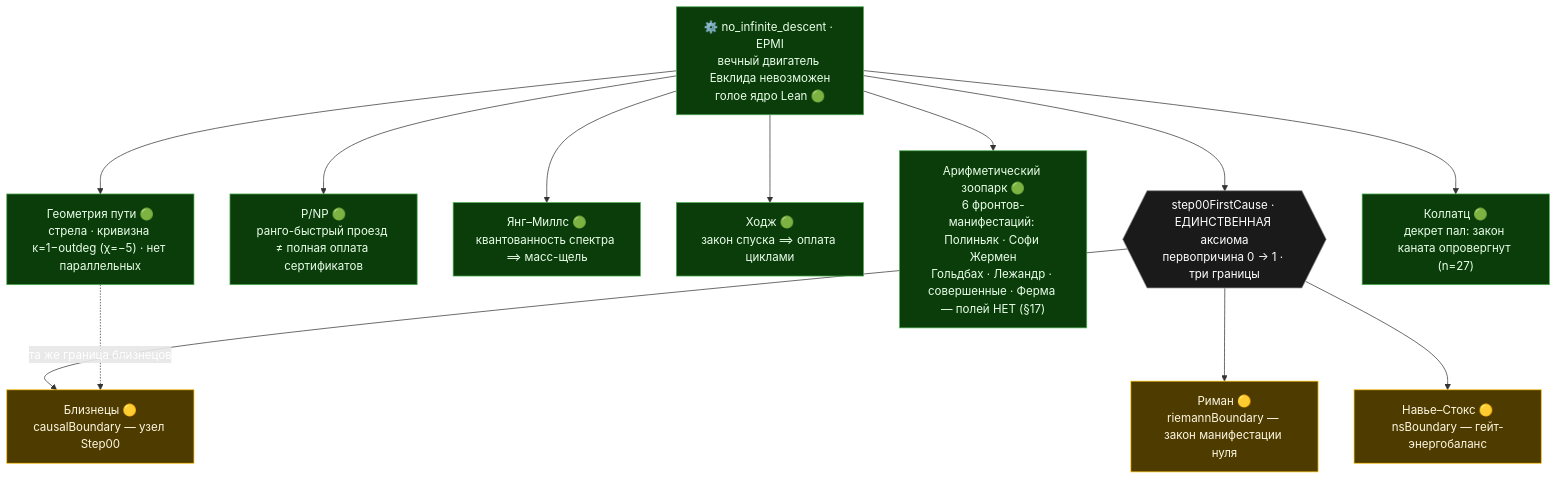
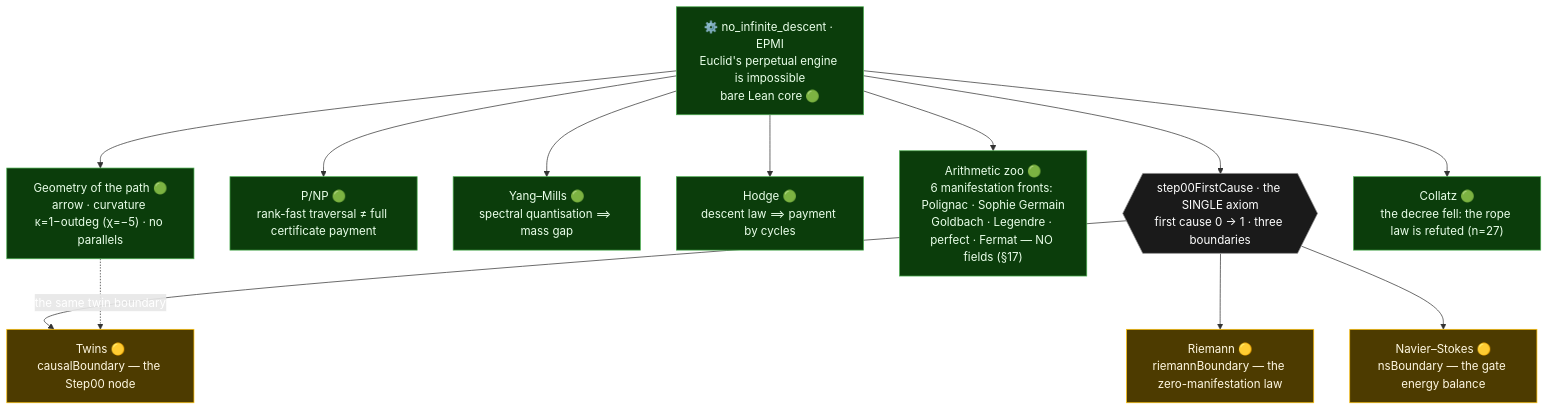
The diagram in README.md (elamaunt/Euclids-path), drawn with Mermaid before and after one commit. The commit also changed other lines of this file and 1 other file, not shown here.

````diff
--- a/README.md
+++ b/README.md
@@ -63,27 +70,27 @@
 ```mermaid
 flowchart TD
-    ROOT["⚙️ no_infinite_descent · EPMI<br/>вечный двигатель Евклида невозможен<br/>голое ядро Lean 🟢"]
+    ROOT["⚙️ no_infinite_descent · EPMI<br/>Euclid's perpetual engine is impossible<br/>bare Lean core 🟢"]
 
-    ROOT --> FC{{"step00FirstCause · ЕДИНСТВЕННАЯ аксиома<br/>первопричина 0 → 1 · три границы"}}
-    FC --> TP["Близнецы 🟡<br/>causalBoundary — узел Step00"]
-    FC --> RH["Риман 🟡<br/>riemannBoundary — закон манифестации нуля"]
-    FC --> NS["Навье–Стокс 🟡<br/>nsBoundary — гейт-энергобаланс"]
+    ROOT --> FC{{"step00FirstCause · the SINGLE axiom<br/>first cause 0 → 1 · three boundaries"}}
+    FC --> TP["Twins 🟡<br/>causalBoundary — the Step00 node"]
+    FC --> RH["Riemann 🟡<br/>riemannBoundary — the zero-manifestation law"]
+    FC --> NS["Navier–Stokes 🟡<br/>nsBoundary — the gate energy balance"]
 
-    ROOT --> PNP["P/NP 🟢<br/>ранго-быстрый проезд ≠ полная оплата сертификатов"]
-    ROOT --> YM["Янг–Миллс 🟢<br/>квантованность спектра ⟹ масс-щель"]
-    ROOT --> HC["Ходж 🟢<br/>закон спуска ⟹ оплата циклами"]
+    ROOT --> PNP["P/NP 🟢<br/>rank-fast traversal ≠ full certificate payment"]
+    ROOT --> YM["Yang–Mills 🟢<br/>spectral quantisation ⟹ mass gap"]
+    ROOT --> HC["Hodge 🟢<br/>descent law ⟹ payment by cycles"]
 
-    ROOT --> ZOO["Арифметический зоопарк 🟢<br/>6 фронтов-манифестаций: Полиньяк · Софи Жермен<br/>Гольдбах · Лежандр · совершенные · Ферма — полей НЕТ (§17)"]
-    ROOT --> GEO["Геометрия пути 🟢<br/>стрела · кривизна κ=1−outdeg (χ=−5) · нет параллельных"]
-    GEO -. та же граница близнецов .-> TP
+    ROOT --> ZOO["Arithmetic zoo 🟢<br/>6 manifestation fronts: Polignac · Sophie Germain<br/>Goldbach · Legendre · perfect · Fermat — NO fields (§17)"]
+    ROOT --> GEO["Geometry of the path 🟢<br/>arrow · curvature κ=1−outdeg (χ=−5) · no parallels"]
+    GEO -. the same twin boundary .-> TP
 
-    ROOT --> CL["Коллатц 🟢<br/>декрет пал: закон каната опровергнут (n=27)"]
+    ROOT --> CL["Collatz 🟢<br/>the decree fell: the rope law is refuted (n=27)"]
 
     classDef green fill:#0b3d0b,stroke:#4caf50,color:#eaffea;
     classDef yellow fill:#4d3b00,stroke:#ffc107,color:#fff8e1;
     classDef root fill:#1a1a1a,stroke:#888,color:#ffffff;
     class ROOT,PNP,YM,HC,ZOO,GEO green;
     class TP,RH,NS yellow;
     class CL green;
     class FC root;
 ```
````
